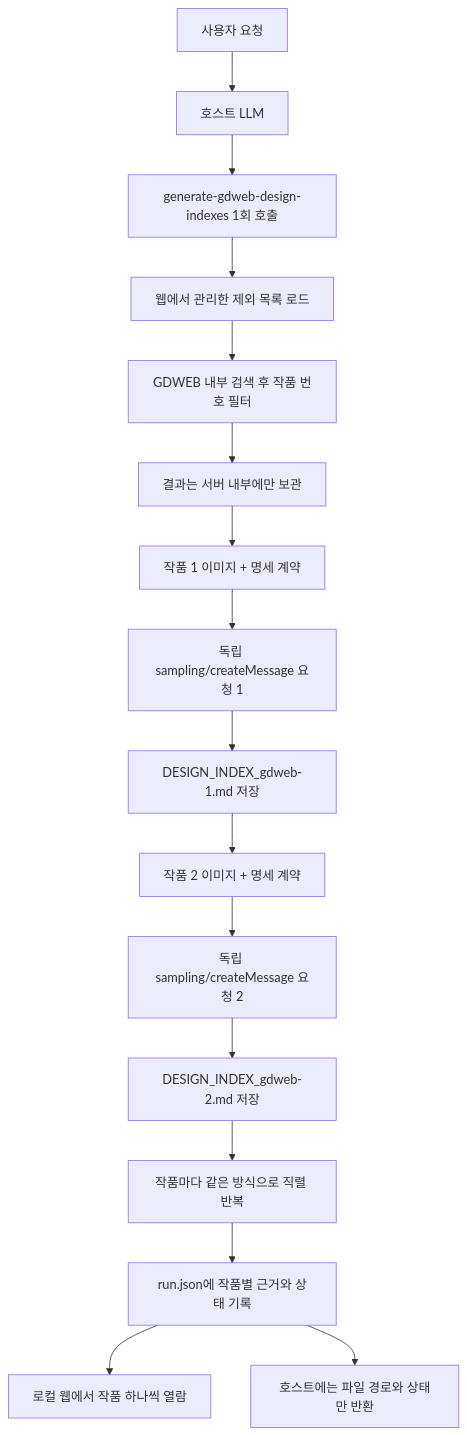
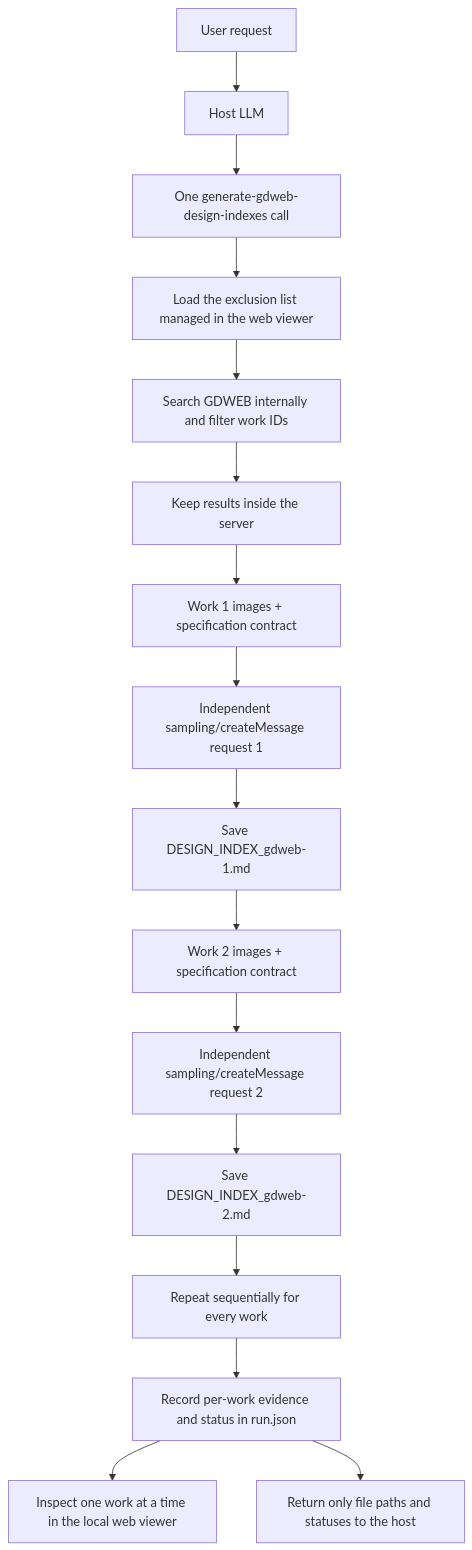
Before and after one commit to yyeongjin/secret_mcp: the first of 2 diagrams in README.md, drawn with Mermaid. The commit also changed other lines of this file and 14 other files, not shown here.

````diff
--- a/README.md
+++ b/README.md
@@ -195,18 +197,18 @@
 ```mermaid
 flowchart TD
-    User["사용자 요청"] --> Host["호스트 LLM"]
-    Host --> Tool["generate-gdweb-design-indexes 1회 호출"]
-    Tool --> Exclusions["웹에서 관리한 제외 목록 로드"]
-    Exclusions --> Search["GDWEB 내부 검색 후 작품 번호 필터"]
-    Search --> Queue["결과는 서버 내부에만 보관"]
-    Queue --> R1["작품 1 이미지 + 명세 계약"]
-    R1 --> S1["독립 sampling/createMessage 요청 1"]
-    S1 --> F1["DESIGN_INDEX_gdweb-1.md 저장"]
-    F1 --> R2["작품 2 이미지 + 명세 계약"]
-    R2 --> S2["독립 sampling/createMessage 요청 2"]
-    S2 --> F2["DESIGN_INDEX_gdweb-2.md 저장"]
-    F2 --> More["작품마다 같은 방식으로 직렬 반복"]
-    More --> Manifest["run.json에 작품별 근거와 상태 기록"]
-    Manifest --> Web["로컬 웹에서 작품 하나씩 열람"]
-    Manifest --> Status["호스트에는 파일 경로와 상태만 반환"]
+    User["User request"] --> Host["Host LLM"]
+    Host --> Tool["One generate-gdweb-design-indexes call"]
+    Tool --> Exclusions["Load the exclusion list managed in the web viewer"]
+    Exclusions --> Search["Search GDWEB internally and filter work IDs"]
+    Search --> Queue["Keep results inside the server"]
+    Queue --> R1["Work 1 images + specification contract"]
+    R1 --> S1["Independent sampling/createMessage request 1"]
+    S1 --> F1["Save DESIGN_INDEX_gdweb-1.md"]
+    F1 --> R2["Work 2 images + specification contract"]
+    R2 --> S2["Independent sampling/createMessage request 2"]
+    S2 --> F2["Save DESIGN_INDEX_gdweb-2.md"]
+    F2 --> More["Repeat sequentially for every work"]
+    More --> Manifest["Record per-work evidence and status in run.json"]
+    Manifest --> Web["Inspect one work at a time in the local web viewer"]
+    Manifest --> Status["Return only file paths and statuses to the host"]
 ```
````
